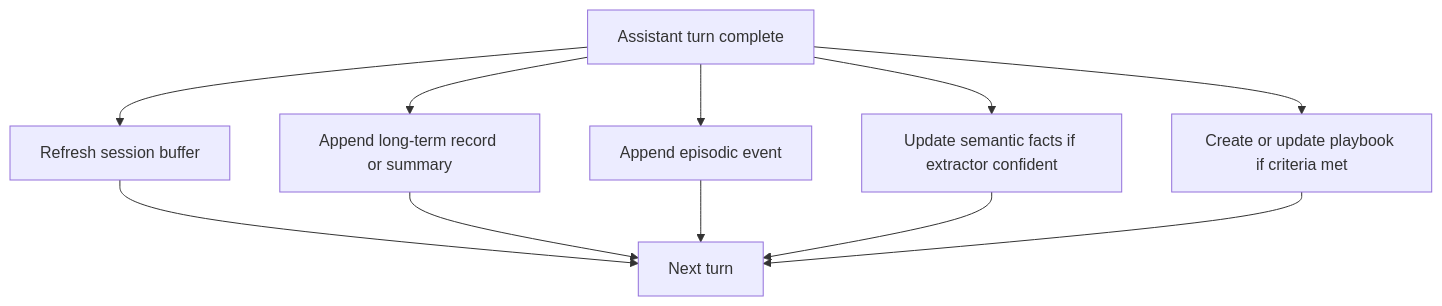
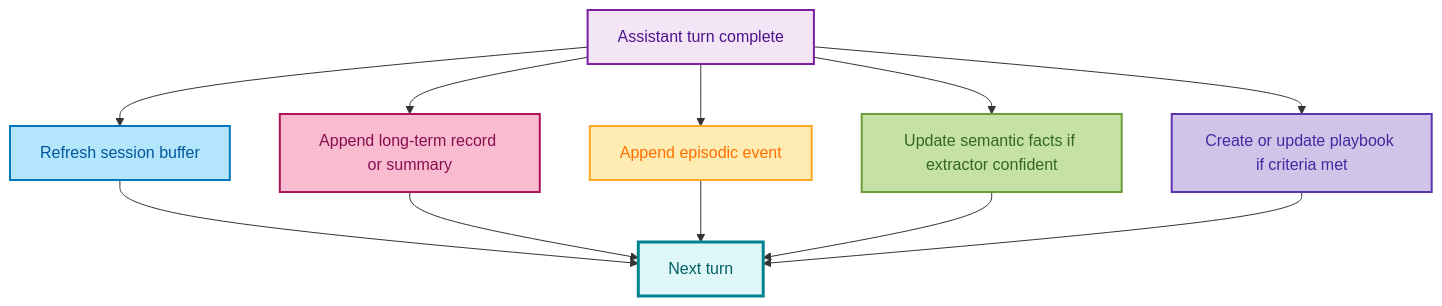
Before and after one commit to srirama4n/adk_long_term: the sixth of 10 diagrams in docs/doc.md, drawn with Mermaid. The commit also changed other lines of this file, not shown here.

````diff
--- a/docs/doc.md
+++ b/docs/doc.md
@@ -229,14 +275,22 @@
 ```mermaid
 flowchart TB
     T["Assistant turn complete"] --> W1["Refresh session buffer"]
     T --> W2["Append long-term record or summary"]
     T --> W3["Append episodic event"]
     T --> W4["Update semantic facts if extractor confident"]
     T --> W5["Create or update playbook if criteria met"]
 
     W1 --> Done["Next turn"]
     W2 --> Done
     W3 --> Done
     W4 --> Done
     W5 --> Done
+
+    style T fill:#F3E5F5,stroke:#7B1FA2,stroke-width:2px,color:#4A148C
+    style W1 fill:#B3E5FC,stroke:#0277BD,stroke-width:2px,color:#01579B
+    style W2 fill:#F8BBD0,stroke:#AD1457,stroke-width:2px,color:#880E4F
+    style W3 fill:#FFECB3,stroke:#F9A825,stroke-width:2px,color:#FF6F00
+    style W4 fill:#C5E1A5,stroke:#689F38,stroke-width:2px,color:#33691E
+    style W5 fill:#D1C4E9,stroke:#5E35B1,stroke-width:2px,color:#4527A0
+    style Done fill:#E0F7FA,stroke:#00838F,stroke-width:3px,color:#006064
 ```
````
